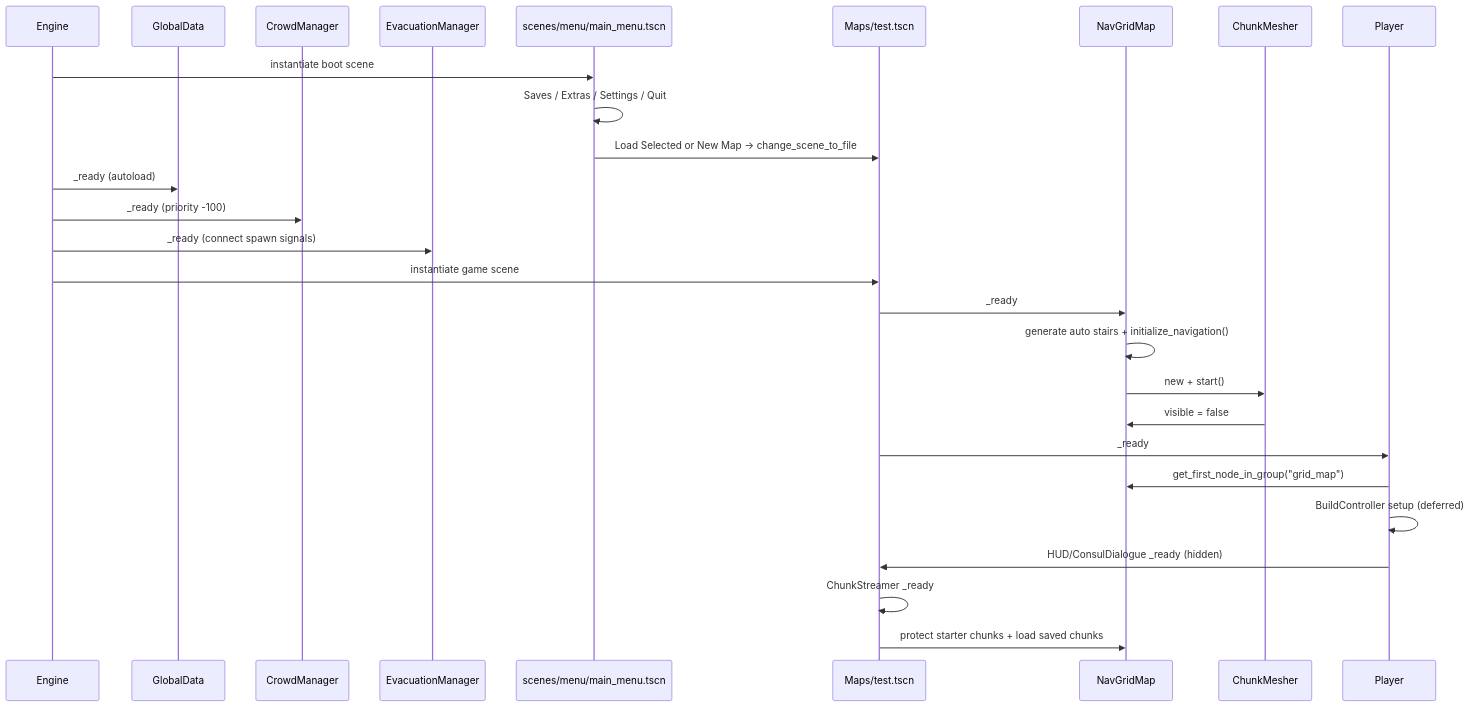
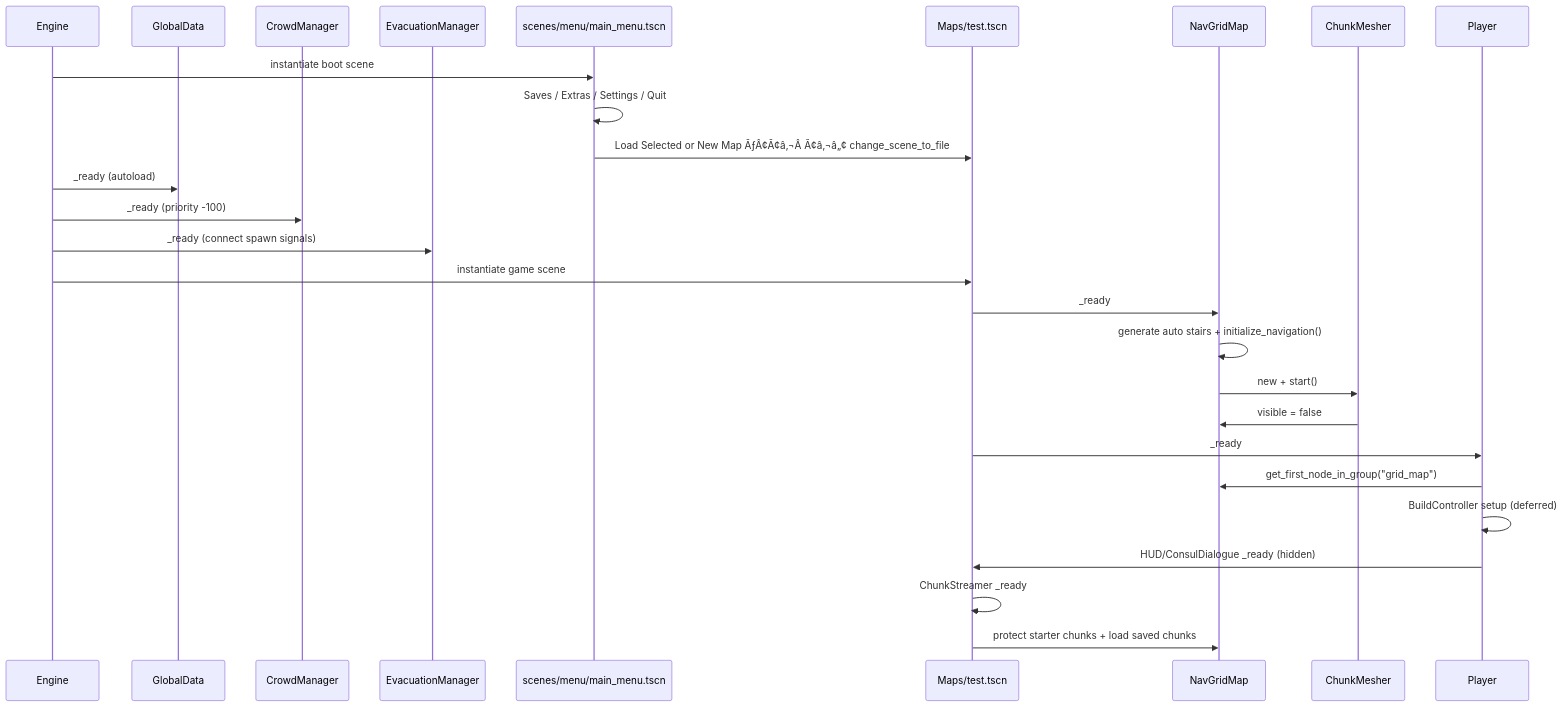
One commit to edlawrence2008-sys/Evacuation_Route_Optimizer changed the first of 3 diagrams in docs/CODEBASE_ANALYSIS.md. Above: the diagram before and after it, drawn with Mermaid. The commit also changed other lines of this file and 40 other files, not shown here.

````diff
--- a/docs/CODEBASE_ANALYSIS.md
+++ b/docs/CODEBASE_ANALYSIS.md
@@ -1135,30 +1139,30 @@
 ```mermaid
 sequenceDiagram
     participant Engine
     participant GlobalData
     participant CrowdManager
     participant EvacuationManager
     participant Menu as scenes/menu/main_menu.tscn
     participant Test as Maps/test.tscn
     participant Grid as NavGridMap
     participant Mesher as ChunkMesher
     participant Player
 
     Engine->>Menu: instantiate boot scene
     Menu->>Menu: Saves / Extras / Settings / Quit
-    Menu->>Test: Load Selected or New Map → change_scene_to_file
+    Menu->>Test: Load Selected or New Map ÃƒÂ¢Ã¢â‚¬Â Ã¢â‚¬â„¢ change_scene_to_file
     Engine->>GlobalData: _ready (autoload)
     Engine->>CrowdManager: _ready (priority -100)
     Engine->>EvacuationManager: _ready (connect spawn signals)
     Engine->>Test: instantiate game scene
     Test->>Grid: _ready
     Grid->>Grid: generate auto stairs + initialize_navigation()
     Grid->>Mesher: new + start()
     Mesher->>Grid: visible = false
     Test->>Player: _ready
     Player->>Grid: get_first_node_in_group("grid_map")
     Player->>Player: BuildController setup (deferred)
     Player->>Test: HUD/ConsulDialogue _ready (hidden)
     Test->>Test: ChunkStreamer _ready
     Test->>Grid: protect starter chunks + load saved chunks
 ```
````
